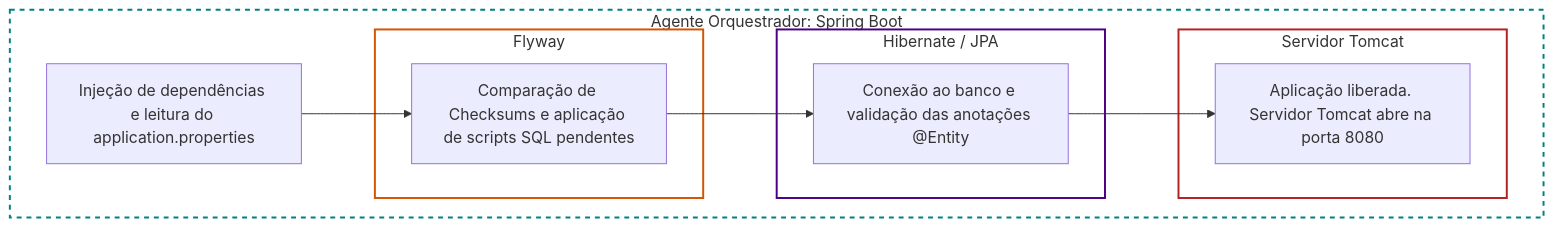
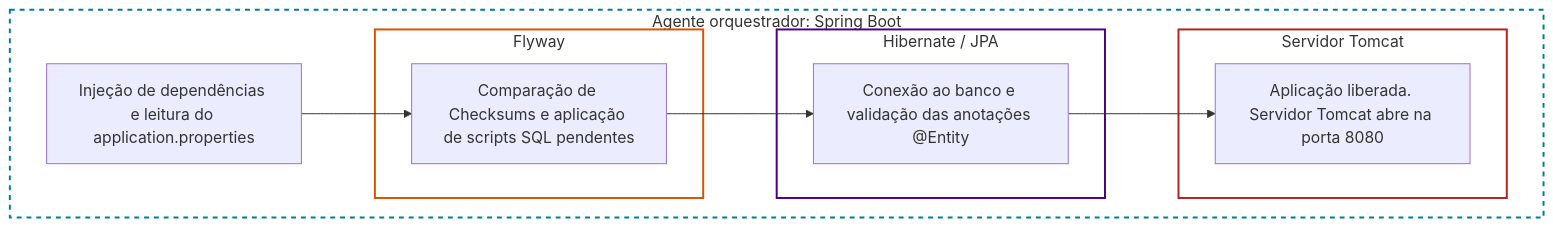
One commit to Julia-Amadio/ProjetoFlashcards changed the second of 2 diagrams in docs/ARCHITECTURE.md. Above: the diagram before and after it, drawn with Mermaid. The commit also changed other lines of this file, not shown here.

````diff
--- a/docs/ARCHITECTURE.md
+++ b/docs/ARCHITECTURE.md
@@ -104,27 +104,27 @@
 ```mermaid
 graph TD
-    subgraph SpringBoot [Agente Orquestrador: Spring Boot]
+    subgraph SpringBoot [Agente orquestrador: Spring Boot]
         A[Injeção de dependências e leitura do application.properties] --> B
         
         subgraph Flyway [Flyway]
             B[Comparação de Checksums e aplicação de scripts SQL pendentes]
         end
         
         B --> C
         
         subgraph Hibernate [Hibernate / JPA]
             C[Conexão ao banco e validação das anotações @Entity]
         end
         
         C --> D
         
         subgraph Tomcat [Servidor Tomcat]
             D[Aplicação liberada. Servidor Tomcat abre na porta 8080]
         end
     end
 
     style SpringBoot fill:transparent,stroke:#008080,stroke-width:2px,stroke-dasharray: 5 5
     style Flyway fill:transparent,stroke:#D35400,stroke-width:2px
     style Hibernate fill:transparent,stroke:#4B0082,stroke-width:2px
     style Tomcat fill:transparent,stroke:#B22222,stroke-width:2px
 ```
````
